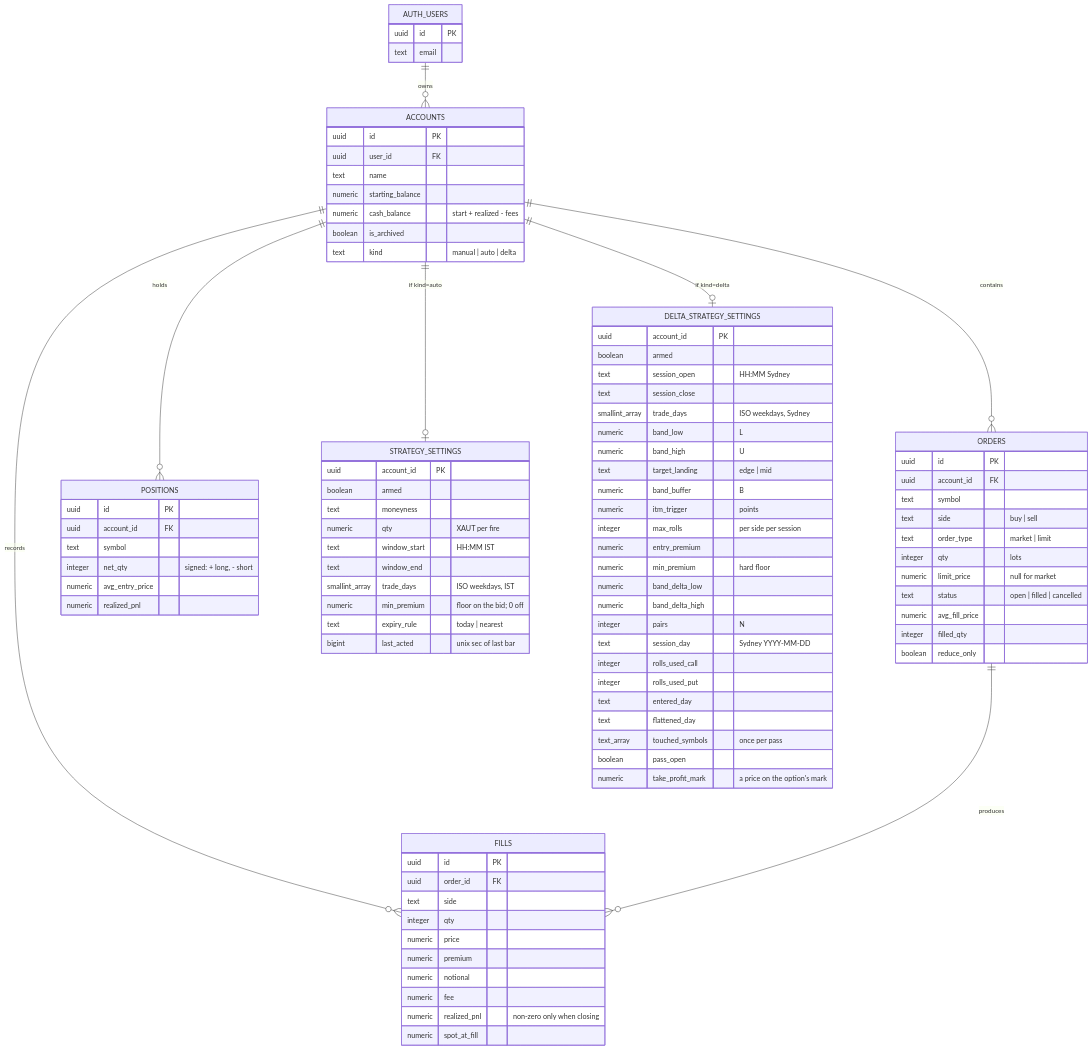
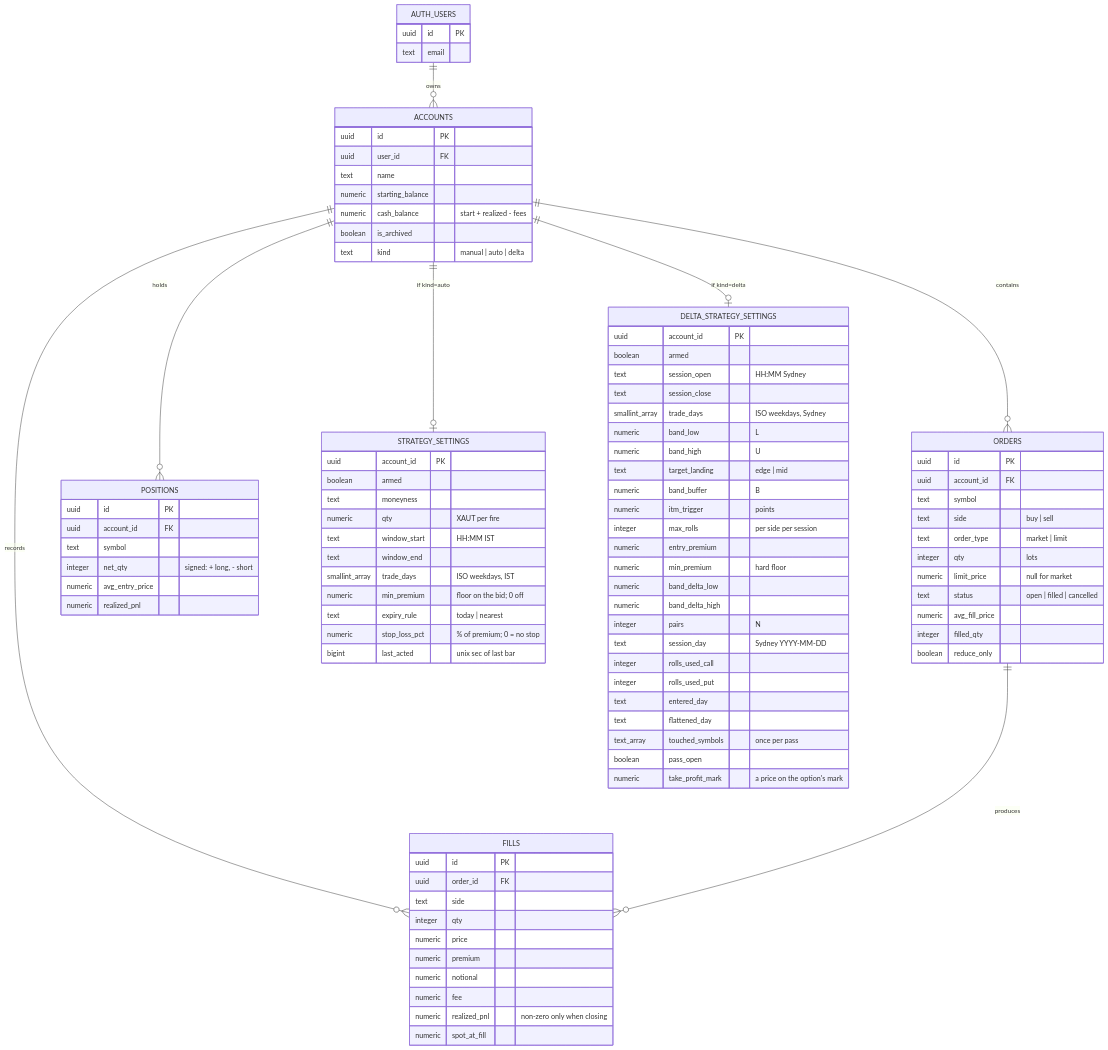
Before and after one commit to Vitti-Capital-Tech/XAUT-Options: the first of 6 diagrams in docs/LLD.md, drawn with Mermaid. The commit also changed 6 other files, not shown here.

First line of the commit message:
Make the auto strategy's stop a percent of the premium

```diff
--- a/docs/LLD.md
+++ b/docs/LLD.md
@@ -74,6 +74,7 @@
         smallint_array trade_days "ISO weekdays, IST"
         numeric min_premium "floor on the bid; 0 off"
         text expiry_rule "today | nearest"
+        numeric stop_loss_pct "% of premium; 0 = no stop"
         bigint last_acted "unix sec of last bar"
     }
     DELTA_STRATEGY_SETTINGS {
```
